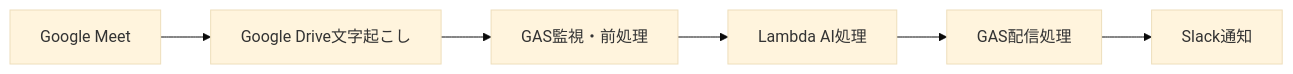
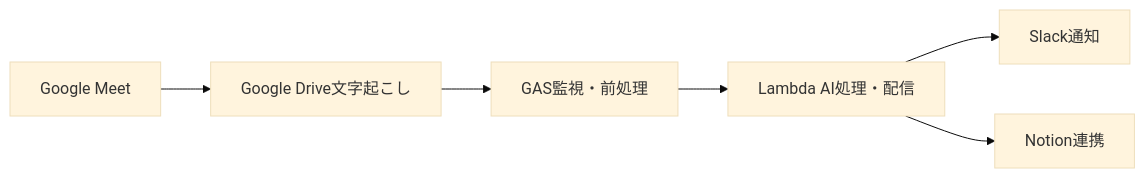
Before and after one commit to PenPeen/minutes-analyzer: the second of 2 diagrams in docs/architecture.md, drawn with Mermaid (base theme). The commit also changed other lines of this file and 2 other files, not shown here.

````diff
--- a/docs/architecture.md
+++ b/docs/architecture.md
@@ -56,8 +58,8 @@
 ```mermaid
 graph LR
     A[Google Meet] --> B[Google Drive文字起こし]
     B --> C[GAS監視・前処理]
-    C --> D[Lambda AI処理]
-    D --> E[GAS配信処理]
-    E --> F[Slack通知]
+    C --> D[Lambda AI処理・配信]
+    D --> E[Slack通知]
+    D --> F[Notion連携]
 ```
````
